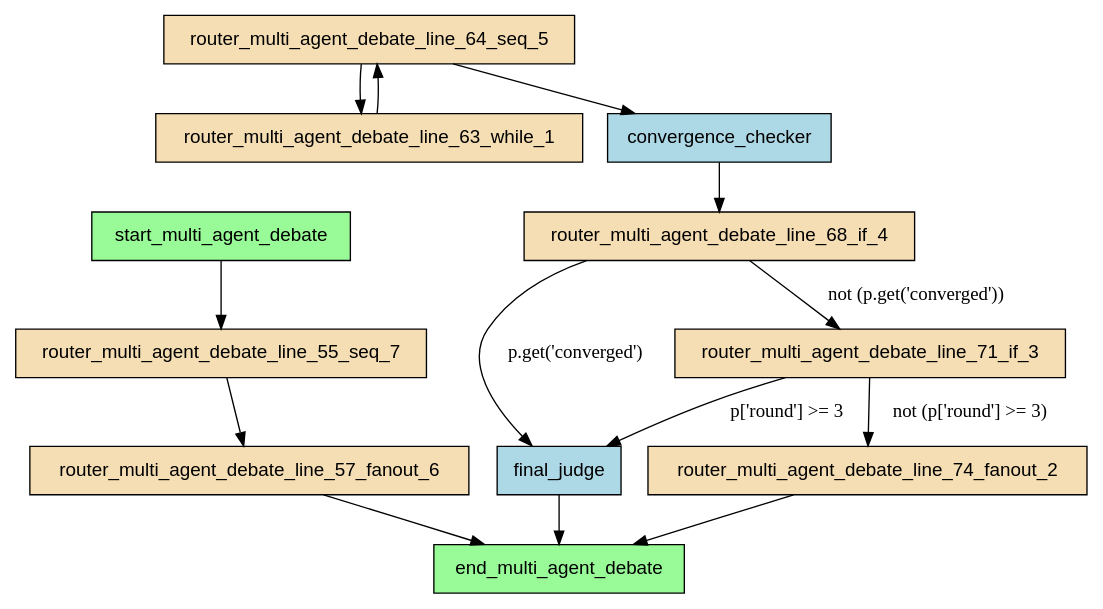
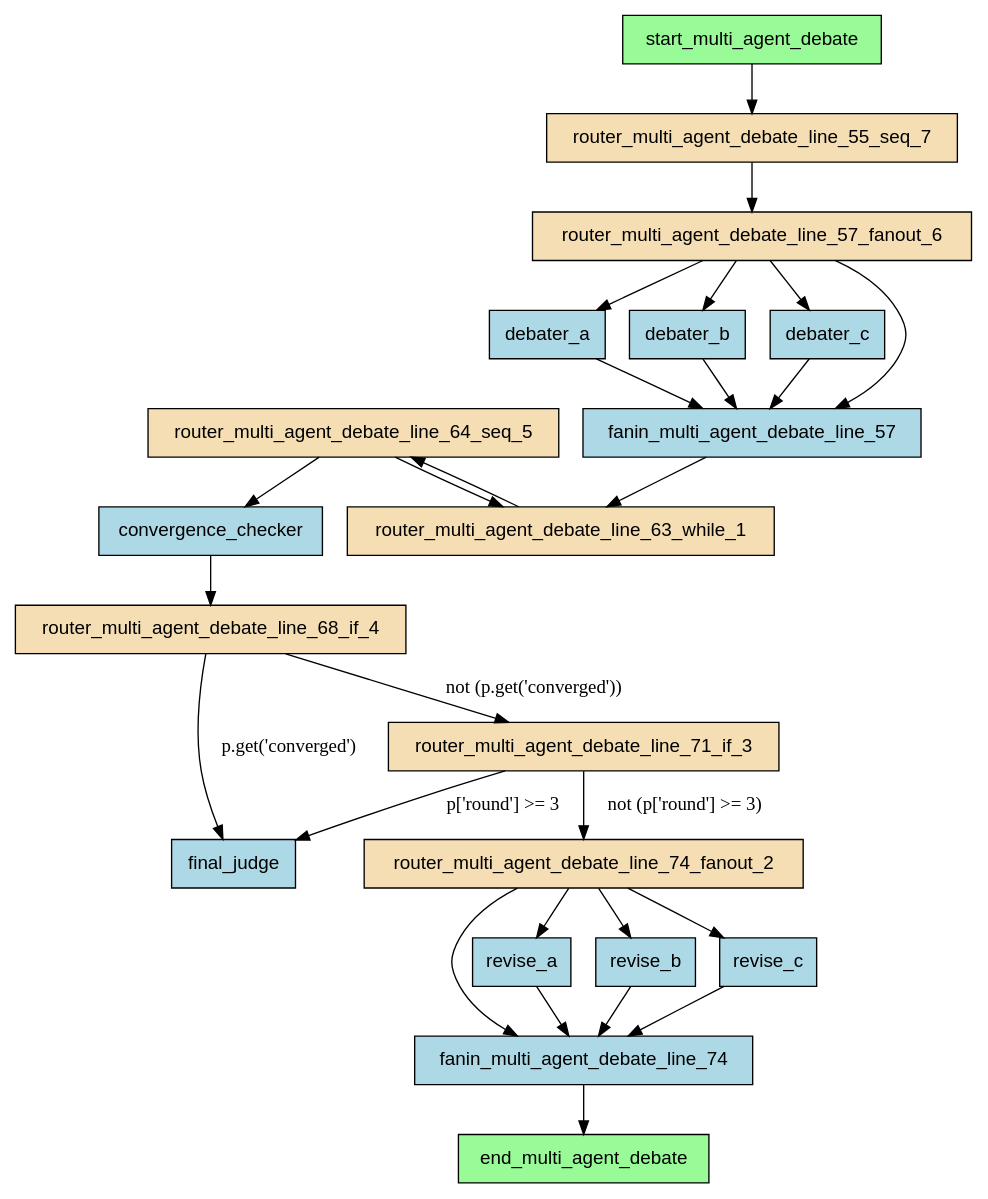
The diagram in examples/flows/agentic/compiled/multi_agent_debate/flow.dot (deliveryhero/asya), drawn with Graphviz before and after one commit. The commit also changed 108 other files, not shown here.

```diff
--- a/examples/flows/agentic/compiled/multi_agent_debate/flow.dot
+++ b/examples/flows/agentic/compiled/multi_agent_debate/flow.dot
@@ -1,30 +1,51 @@
 digraph "multi_agent_debate" {
     rankdir=TB;
     node [shape=box, style=filled, fontname="Helvetica"];
 
     convergence_checker [label="convergence_checker", fillcolor=lightblue];
+    debater_a [label="debater_a", fillcolor=lightblue];
+    debater_b [label="debater_b", fillcolor=lightblue];
+    debater_c [label="debater_c", fillcolor=lightblue];
     end_multi_agent_debate [label="end_multi_agent_debate", fillcolor=palegreen];
+    fanin_multi_agent_debate_line_57 [label="fanin_multi_agent_debate_line_57", fillcolor=lightblue];
+    fanin_multi_agent_debate_line_74 [label="fanin_multi_agent_debate_line_74", fillcolor=lightblue];
     final_judge [label="final_judge", fillcolor=lightblue];
+    revise_a [label="revise_a", fillcolor=lightblue];
+    revise_b [label="revise_b", fillcolor=lightblue];
+    revise_c [label="revise_c", fillcolor=lightblue];
     router_multi_agent_debate_line_55_seq_7 [label="router_multi_agent_debate_line_55_seq_7", fillcolor=wheat];
     router_multi_agent_debate_line_57_fanout_6 [label="router_multi_agent_debate_line_57_fanout_6", fillcolor=wheat];
     router_multi_agent_debate_line_63_while_1 [label="router_multi_agent_debate_line_63_while_1", fillcolor=wheat];
     router_multi_agent_debate_line_64_seq_5 [label="router_multi_agent_debate_line_64_seq_5", fillcolor=wheat];
     router_multi_agent_debate_line_68_if_4 [label="router_multi_agent_debate_line_68_if_4", fillcolor=wheat];
     router_multi_agent_debate_line_71_if_3 [label="router_multi_agent_debate_line_71_if_3", fillcolor=wheat];
     router_multi_agent_debate_line_74_fanout_2 [label="router_multi_agent_debate_line_74_fanout_2", fillcolor=wheat];
     start_multi_agent_debate [label="start_multi_agent_debate", fillcolor=palegreen];
 
     start_multi_agent_debate -> router_multi_agent_debate_line_55_seq_7;
+    router_multi_agent_debate_line_74_fanout_2 -> fanin_multi_agent_debate_line_74;
+    router_multi_agent_debate_line_74_fanout_2 -> revise_a;
+    revise_a -> fanin_multi_agent_debate_line_74;
+    router_multi_agent_debate_line_74_fanout_2 -> revise_b;
+    revise_b -> fanin_multi_agent_debate_line_74;
+    router_multi_agent_debate_line_74_fanout_2 -> revise_c;
+    revise_c -> fanin_multi_agent_debate_line_74;
     router_multi_agent_debate_line_71_if_3 -> router_multi_agent_debate_line_74_fanout_2 [label="not (p['round'] >= 3)"];
     router_multi_agent_debate_line_71_if_3 -> final_judge [label="p['round'] >= 3"];
     router_multi_agent_debate_line_68_if_4 -> router_multi_agent_debate_line_71_if_3 [label="not (p.get('converged'))"];
     router_multi_agent_debate_line_68_if_4 -> final_judge [label="p.get('converged')"];
     router_multi_agent_debate_line_64_seq_5 -> convergence_checker;
     convergence_checker -> router_multi_agent_debate_line_68_if_4;
     router_multi_agent_debate_line_63_while_1 -> router_multi_agent_debate_line_64_seq_5;
     router_multi_agent_debate_line_64_seq_5 -> router_multi_agent_debate_line_63_while_1;
+    router_multi_agent_debate_line_57_fanout_6 -> fanin_multi_agent_debate_line_57;
+    fanin_multi_agent_debate_line_57 -> router_multi_agent_debate_line_63_while_1;
+    router_multi_agent_debate_line_57_fanout_6 -> debater_a;
+    debater_a -> fanin_multi_agent_debate_line_57;
+    router_multi_agent_debate_line_57_fanout_6 -> debater_b;
+    debater_b -> fanin_multi_agent_debate_line_57;
+    router_multi_agent_debate_line_57_fanout_6 -> debater_c;
+    debater_c -> fanin_multi_agent_debate_line_57;
     router_multi_agent_debate_line_55_seq_7 -> router_multi_agent_debate_line_57_fanout_6;
-    final_judge -> end_multi_agent_debate;
-    router_multi_agent_debate_line_57_fanout_6 -> end_multi_agent_debate;
-    router_multi_agent_debate_line_74_fanout_2 -> end_multi_agent_debate;
+    fanin_multi_agent_debate_line_74 -> end_multi_agent_debate;
 }
```
